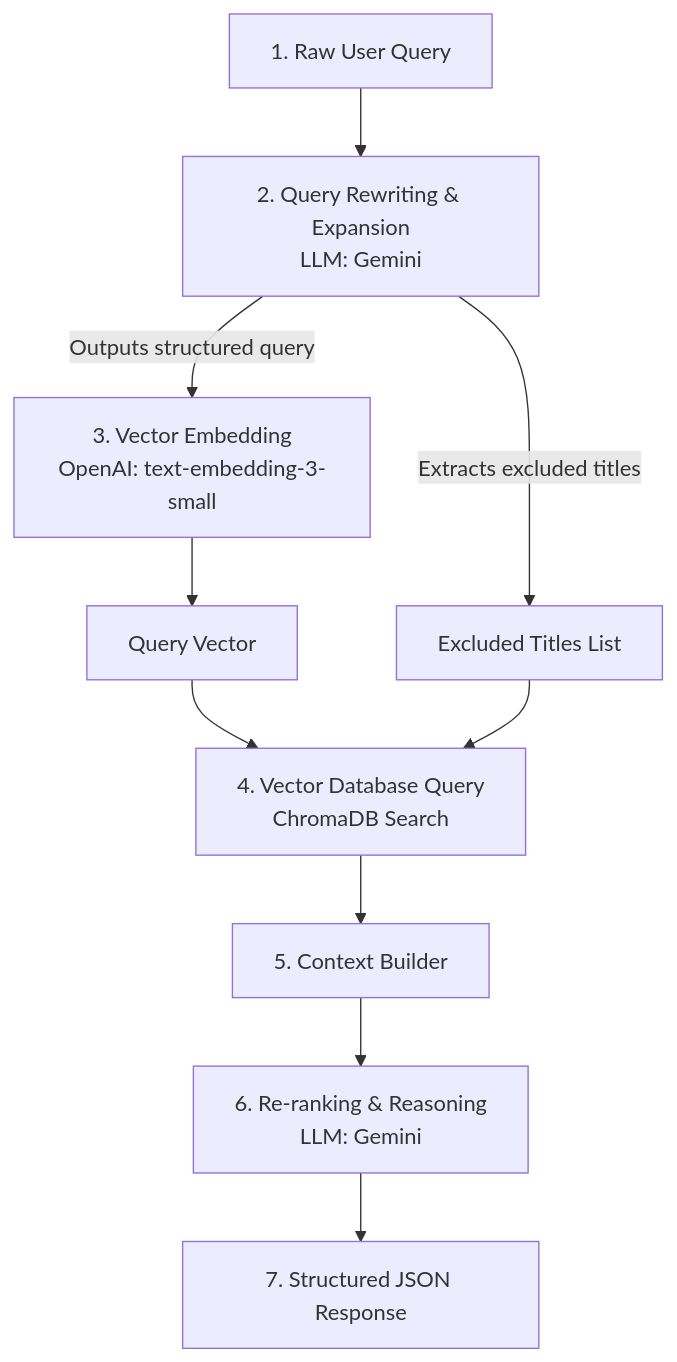
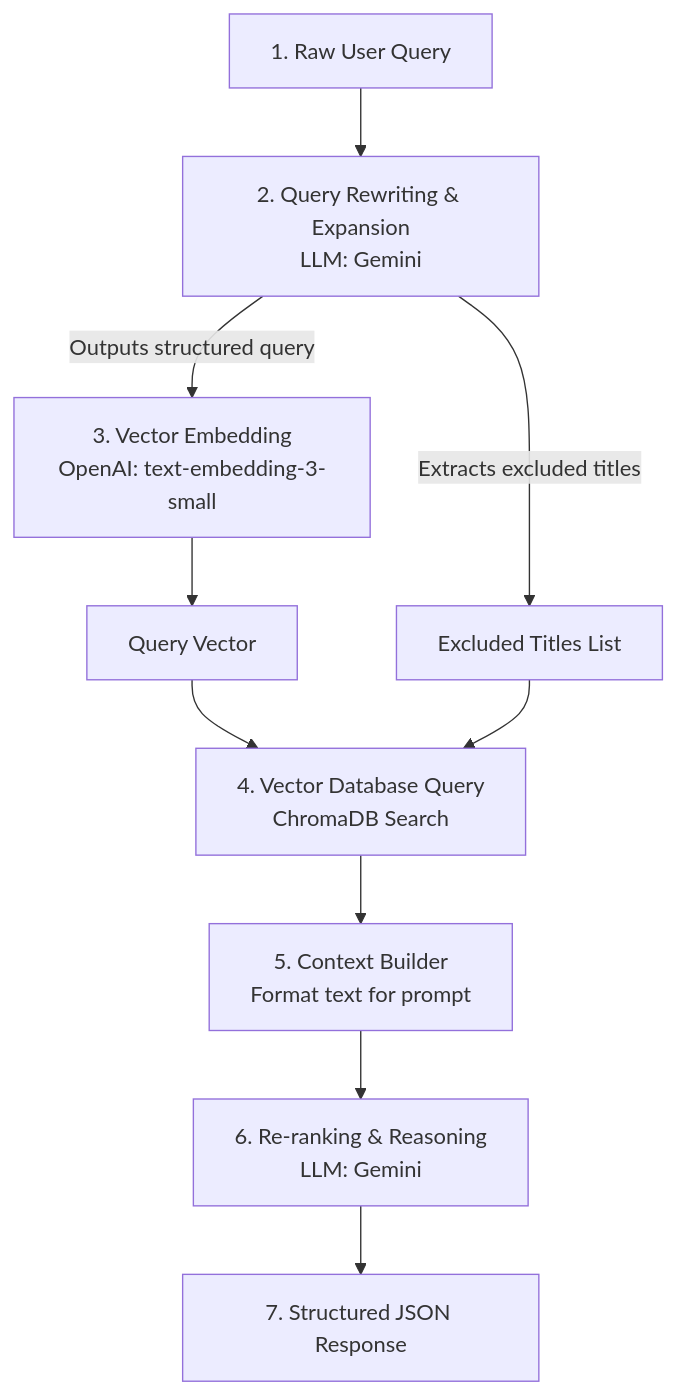
The diagram in README.md (minhduc1212/Raganim), drawn with Mermaid before and after one commit. The commit also changed other lines of this file, not shown here.

````diff
--- a/README.md
+++ b/README.md
@@ -32,12 +23,12 @@
 ```mermaid
 flowchart TD
     RawQuery[1. Raw User Query] --> Rewrite[2. Query Rewriting & Expansion<br>LLM: Gemini]
     Rewrite -->|Extracts excluded titles| ExcludeList[Excluded Titles List]
     Rewrite -->|Outputs structured query| Embed[3. Vector Embedding<br>OpenAI: text-embedding-3-small]
     Embed --> QueryVec[Query Vector]
     QueryVec --> Search[4. Vector Database Query<br>ChromaDB Search]
     ExcludeList --> Search
-    Search --> Context[5. Context Builder]
+    Search --> Context[5. Context Builder<br>Format text for prompt]
     Context --> Rerank[6. Re-ranking & Reasoning<br>LLM: Gemini]
     Rerank --> Output[7. Structured JSON Response]
 ```
````
